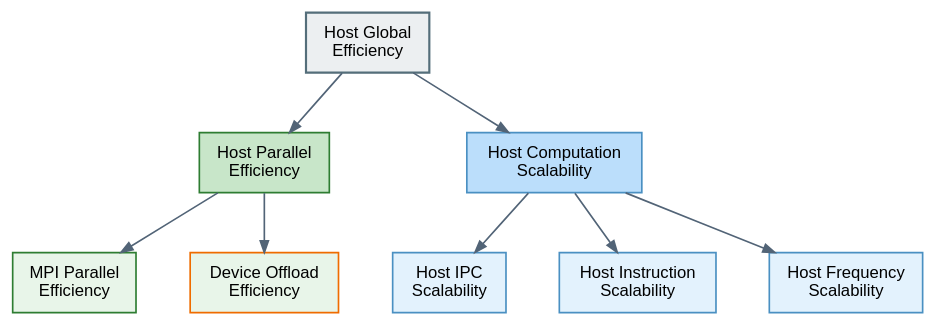
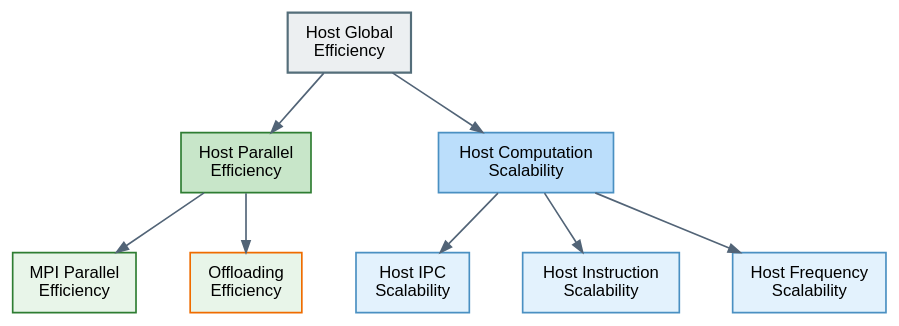
One commit to bsc-performance-tools/basicanalysis changed the diagram in doc/source/graphs/05_host_execution_domain.dot. Above: the diagram before and after it, drawn with Graphviz. The commit also changed 13 other files, not shown here.

First line of the commit message:
Review the metric definitions and rename Device Offload Efficiency to Offloading Efficiency

```diff
--- a/doc/source/graphs/05_host_execution_domain.dot
+++ b/doc/source/graphs/05_host_execution_domain.dot
@@ -1,114 +1,114 @@
 digraph HostExecutionDomain {
     rankdir=TB;
 
     graph [
         bgcolor="transparent",
         nodesep=0.45,
         ranksep=0.50
     ];
 
     node [
         shape=box,
         fontname="Helvetica",
         fontsize=10,
         style="filled",
         penwidth=1.0
     ];
 
     edge [
         color="#526477",
         penwidth=1.0,
         arrowsize=0.7
     ];
 
     /*
      * Host Global Efficiency
      */
 
     host_ge [
         label="Host Global\nEfficiency",
         fillcolor="#ECEFF1",
         color="#546E7A",
         penwidth=1.3
     ];
 
     /*
      * Host Parallel Efficiency branch
      */
 
     host_pe [
         label="Host Parallel\nEfficiency",
         fillcolor="#C8E6C9",
         color="#2E7D32"
     ];
 
     mpi_pe [
         label="MPI Parallel\nEfficiency",
         fillcolor="#E8F5E9",
         color="#2E7D32"
     ];
 
     offload [
-        label="Device Offload\nEfficiency",
+        label="Offloading\nEfficiency",
         fillcolor="#E8F5E9",
         color="#EF6C00"
     ];
 
     /*
      * Host Computation Scalability branch
      */
 
     host_cs [
         label="Host Computation\nScalability",
         fillcolor="#BBDEFB",
         color="#4A90C2"
     ];
 
     host_ipc [
         label="Host IPC\nScalability",
         fillcolor="#E3F2FD",
         color="#4A90C2"
     ];
 
     host_instruction [
         label="Host Instruction\nScalability",
         fillcolor="#E3F2FD",
         color="#4A90C2"
     ];
 
     host_frequency [
         label="Host Frequency\nScalability",
         fillcolor="#E3F2FD",
         color="#4A90C2"
     ];
 
     /*
      * Host Global Efficiency decomposition
      */
 
     host_ge -> host_pe;
     host_ge -> host_cs;
 
     /*
      * Host Parallel Efficiency decomposition
      */
 
     host_pe -> mpi_pe;
     host_pe -> offload;
 
     /*
      * Host Computation Scalability decomposition
      */
 
     host_cs -> host_ipc;
     host_cs -> host_instruction;
     host_cs -> host_frequency;
 
     /*
      * Layout constraints
      */
 
     { rank=same; host_pe; host_cs; }
     { rank=same; mpi_pe; offload; }
     { rank=same; host_ipc; host_instruction; host_frequency; }
 }
```
